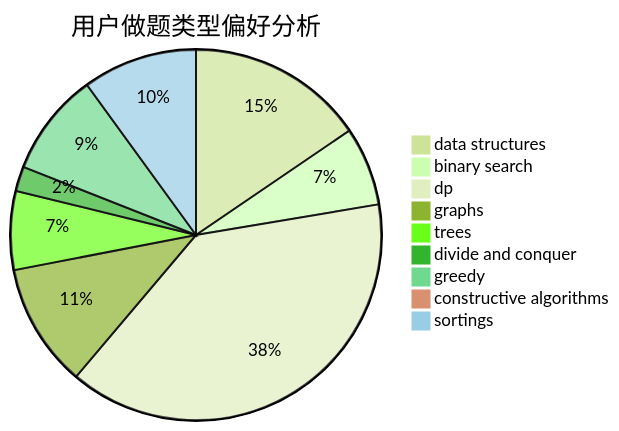
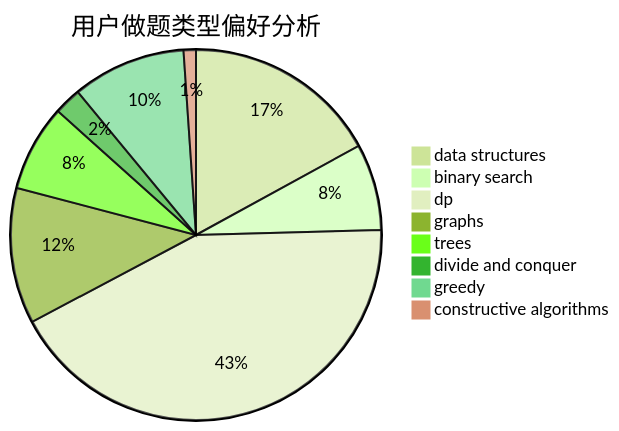
One commit to sherpahu/cfrs.github.io changed the second of 3 diagrams in docs/user/u1540.md. Above: the diagram before and after it, drawn with Mermaid (forest theme). The commit also changed other lines of this file and 2769 other files, not shown here.

````diff
--- a/docs/user/u1540.md
+++ b/docs/user/u1540.md
@@ -18,12 +18,11 @@
 ```mermaid
 pie title 用户做题类型偏好分析
     "data structures" :  79
     "binary search" :  35
     "dp" :  198
     "graphs" :  55
     "trees" :  35
     "divide and conquer" :  11
     "greedy" :  46
     "constructive algorithms" :  5
-    "sortings" :  51
 ```
````
